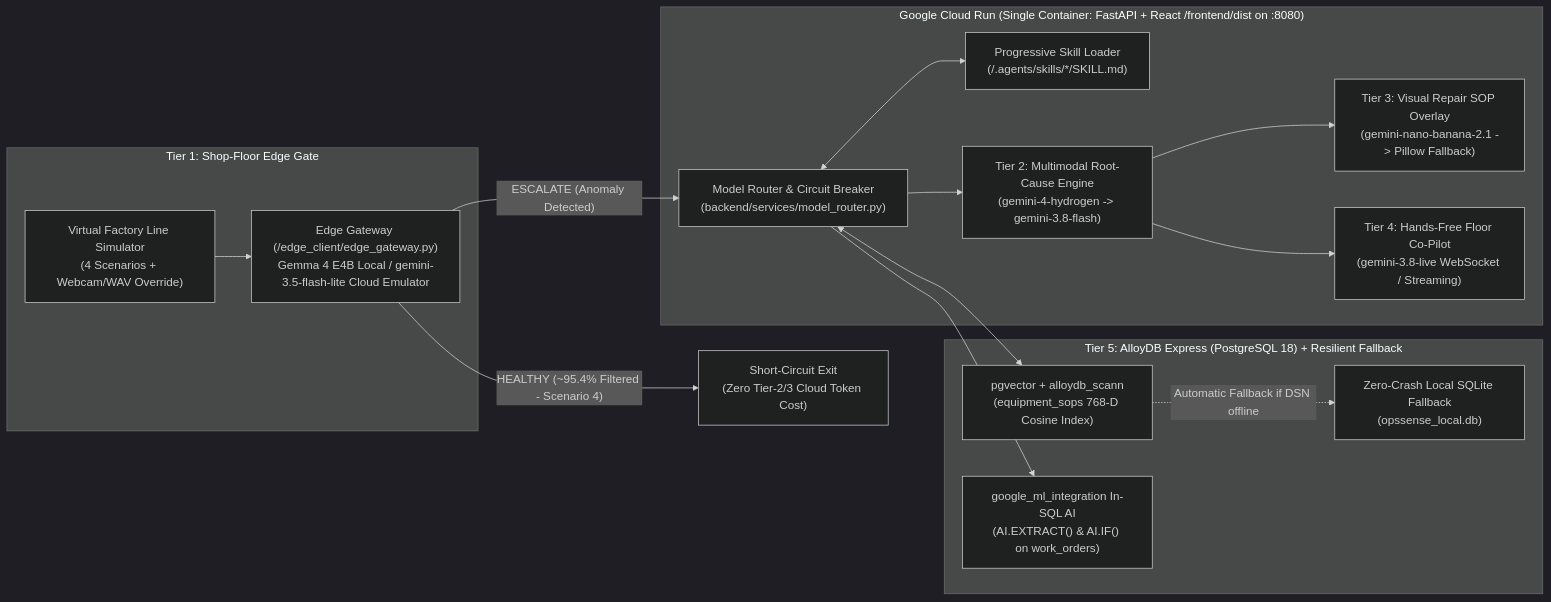
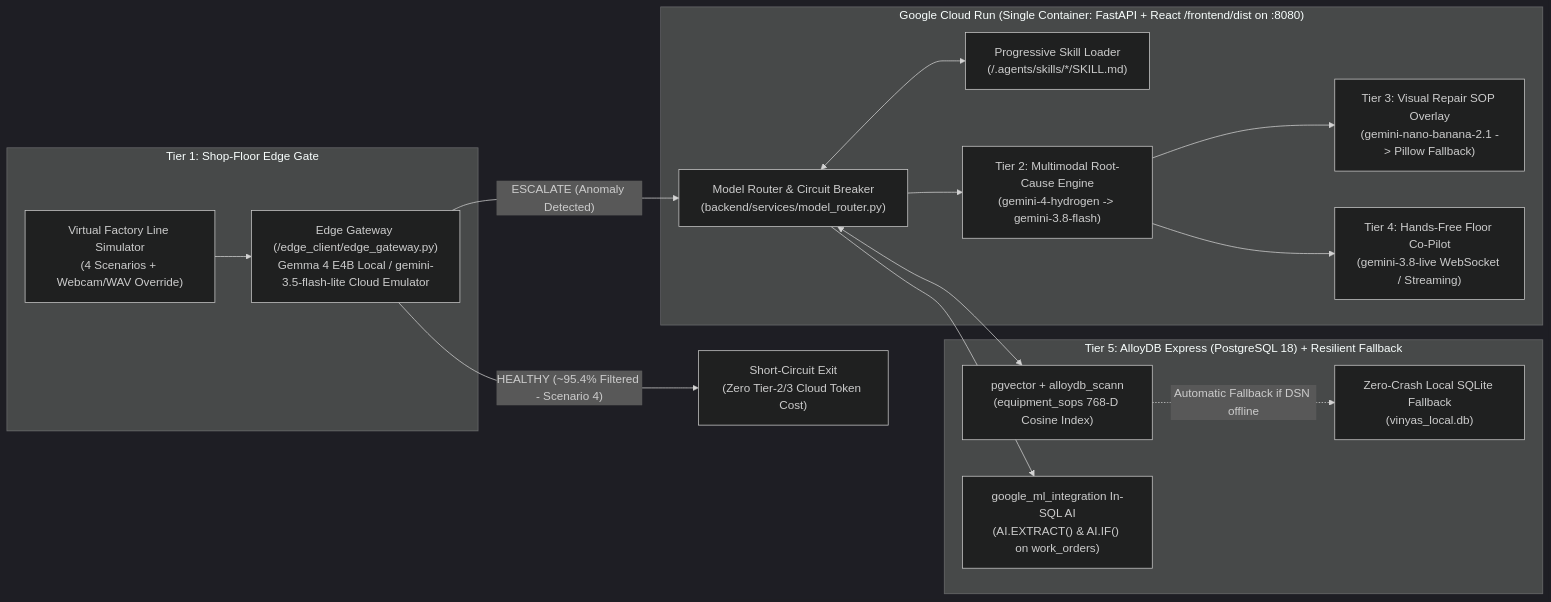
One commit to NikhilPande008/Vinyas changed the diagram in README.md. Above: the diagram before and after it, drawn with Mermaid (dark theme). The commit also changed other lines of this file and 32 other files, not shown here.

````diff
--- a/README.md
+++ b/README.md
@@ -26,32 +26,32 @@
 ```mermaid
 flowchart LR
     subgraph Edge["Tier 1: Shop-Floor Edge Gate"]
         SIM["Virtual Factory Line Simulator<br/>(4 Scenarios + Webcam/WAV Override)"]
         EDGE_GW["Edge Gateway (/edge_client/edge_gateway.py)<br/>Gemma 4 E4B Local / gemini-3.5-flash-lite Cloud Emulator"]
         SIM --> EDGE_GW
     end
 
     subgraph CloudRun["Google Cloud Run (Single Container: FastAPI + React /frontend/dist on :8080)"]
         ROUTER["Model Router & Circuit Breaker<br/>(backend/services/model_router.py)"]
         SKILLS["Progressive Skill Loader<br/>(/.agents/skills/*/SKILL.md)"]
         T2["Tier 2: Multimodal Root-Cause Engine<br/>(gemini-4-hydrogen -> gemini-3.8-flash)"]
         T3["Tier 3: Visual Repair SOP Overlay<br/>(gemini-nano-banana-2.1 -> Pillow Fallback)"]
         T4["Tier 4: Hands-Free Floor Co-Pilot<br/>(gemini-3.8-live WebSocket / Streaming)"]
     end
 
     subgraph AlloyDB["Tier 5: AlloyDB Express (PostgreSQL 18) + Resilient Fallback"]
         SCANN["pgvector + alloydb_scann<br/>(equipment_sops 768-D Cosine Index)"]
         SQL_AI["google_ml_integration In-SQL AI<br/>(AI.EXTRACT() & AI.IF() on work_orders)"]
-        SQLITE["Zero-Crash Local SQLite Fallback<br/>(opssense_local.db)"]
+        SQLITE["Zero-Crash Local SQLite Fallback<br/>(vinyas_local.db)"]
     end
 
     EDGE_GW -- "HEALTHY (~95.4% Filtered - Scenario 4)" --> SHORT["Short-Circuit Exit<br/>(Zero Tier-2/3 Cloud Token Cost)"]
     EDGE_GW -- "ESCALATE (Anomaly Detected)" --> ROUTER
     ROUTER <--> SKILLS
     ROUTER <--> SCANN
     ROUTER --> T2
     T2 --> T3
     T2 --> T4
     ROUTER --> SQL_AI
     SCANN -. "Automatic Fallback if DSN offline" .-> SQLITE
 ```
````
